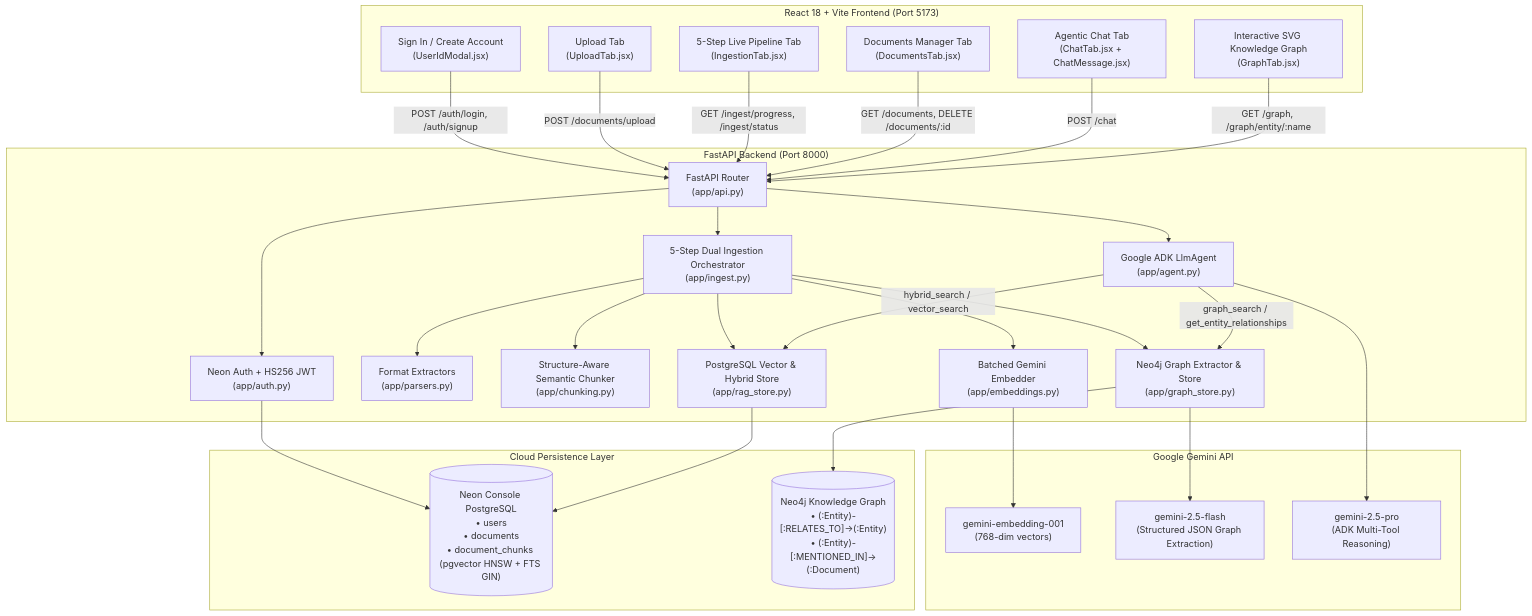
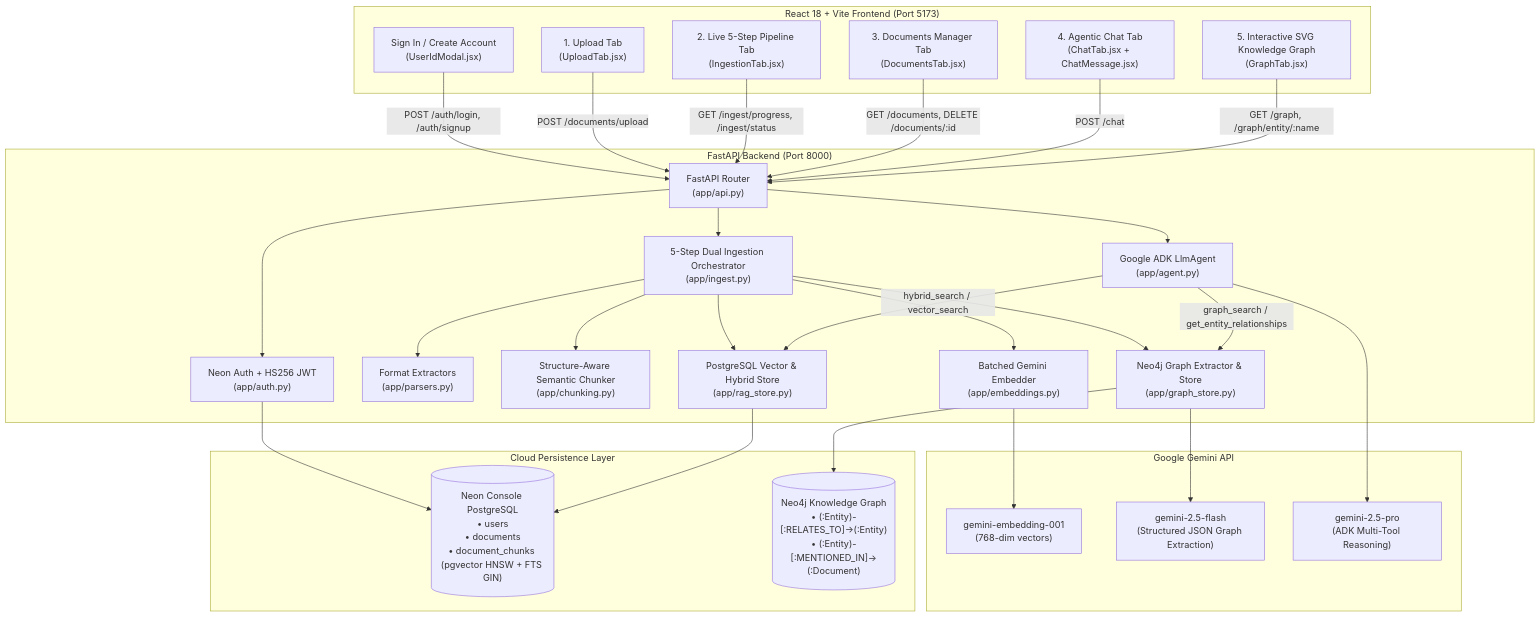
One commit to Dronanaik/adk_rag changed the first of 5 diagrams in docs/ARCHITECTURE.md. Above: the diagram before and after it, drawn with Mermaid. The commit also changed other lines of this file and 7 other files, not shown here.

````diff
--- a/docs/ARCHITECTURE.md
+++ b/docs/ARCHITECTURE.md
@@ -11,61 +41,61 @@
 ```mermaid
 flowchart TB
     subgraph Client["React 18 + Vite Frontend (Port 5173)"]
         AuthUI["Sign In / Create Account\n(UserIdModal.jsx)"]
-        UploadUI["Upload Tab\n(UploadTab.jsx)"]
-        PipelineUI["5-Step Live Pipeline Tab\n(IngestionTab.jsx)"]
-        DocsUI["Documents Manager Tab\n(DocumentsTab.jsx)"]
-        ChatUI["Agentic Chat Tab\n(ChatTab.jsx + ChatMessage.jsx)"]
-        GraphUI["Interactive SVG Knowledge Graph\n(GraphTab.jsx)"]
+        UploadUI["1. Upload Tab\n(UploadTab.jsx)"]
+        PipelineUI["2. Live 5-Step Pipeline Tab\n(IngestionTab.jsx)"]
+        DocsUI["3. Documents Manager Tab\n(DocumentsTab.jsx)"]
+        ChatUI["4. Agentic Chat Tab\n(ChatTab.jsx + ChatMessage.jsx)"]
+        GraphUI["5. Interactive SVG Knowledge Graph\n(GraphTab.jsx)"]
     end
 
     subgraph Backend["FastAPI Backend (Port 8000)"]
         API["FastAPI Router\n(app/api.py)"]
         AuthSvc["Neon Auth + HS256 JWT\n(app/auth.py)"]
         IngestSvc["5-Step Dual Ingestion Orchestrator\n(app/ingest.py)"]
         Parsers["Format Extractors\n(app/parsers.py)"]
         Chunker["Structure-Aware Semantic Chunker\n(app/chunking.py)"]
         Embedder["Batched Gemini Embedder\n(app/embeddings.py)"]
         ADKAgent["Google ADK LlmAgent\n(app/agent.py)"]
         RagStore["PostgreSQL Vector & Hybrid Store\n(app/rag_store.py)"]
         GraphStore["Neo4j Graph Extractor & Store\n(app/graph_store.py)"]
     end
 
     subgraph ExternalAI["Google Gemini API"]
         GeminiEmbed["gemini-embedding-001\n(768-dim vectors)"]
         GeminiFlash["gemini-2.5-flash\n(Structured JSON Graph Extraction)"]
         GeminiPro["gemini-2.5-pro\n(ADK Multi-Tool Reasoning)"]
     end
 
     subgraph Storage["Cloud Persistence Layer"]
         NeonDB[("Neon Console PostgreSQL\n• users\n• documents\n• document_chunks (pgvector HNSW + FTS GIN)")]
         Neo4jDB[("Neo4j Knowledge Graph\n• (:Entity)-[:RELATES_TO]->(:Entity)\n• (:Entity)-[:MENTIONED_IN]->(:Document)")]
     end
 
     AuthUI -->|POST /auth/login, /auth/signup| API
     UploadUI -->|POST /documents/upload| API
     PipelineUI -->|GET /ingest/progress, /ingest/status| API
     DocsUI -->|GET /documents, DELETE /documents/:id| API
     ChatUI -->|POST /chat| API
     GraphUI -->|GET /graph, /graph/entity/:name| API
 
     API --> AuthSvc
     AuthSvc --> NeonDB
 
     API --> IngestSvc
     IngestSvc --> Parsers
     IngestSvc --> Chunker
     IngestSvc --> Embedder
     Embedder --> GeminiEmbed
     IngestSvc --> RagStore
     IngestSvc --> GraphStore
     GraphStore --> GeminiFlash
 
     API --> ADKAgent
     ADKAgent --> GeminiPro
     ADKAgent -->|hybrid_search / vector_search| RagStore
     ADKAgent -->|graph_search / get_entity_relationships| GraphStore
 
     RagStore --> NeonDB
     GraphStore --> Neo4jDB
 ```
````
